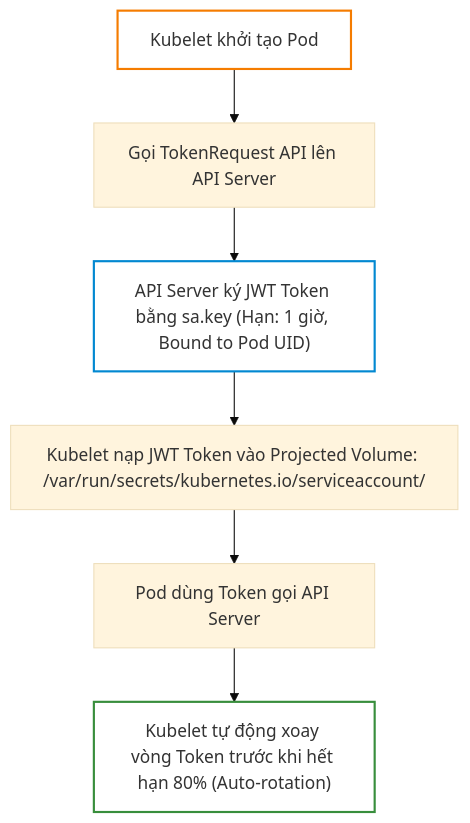
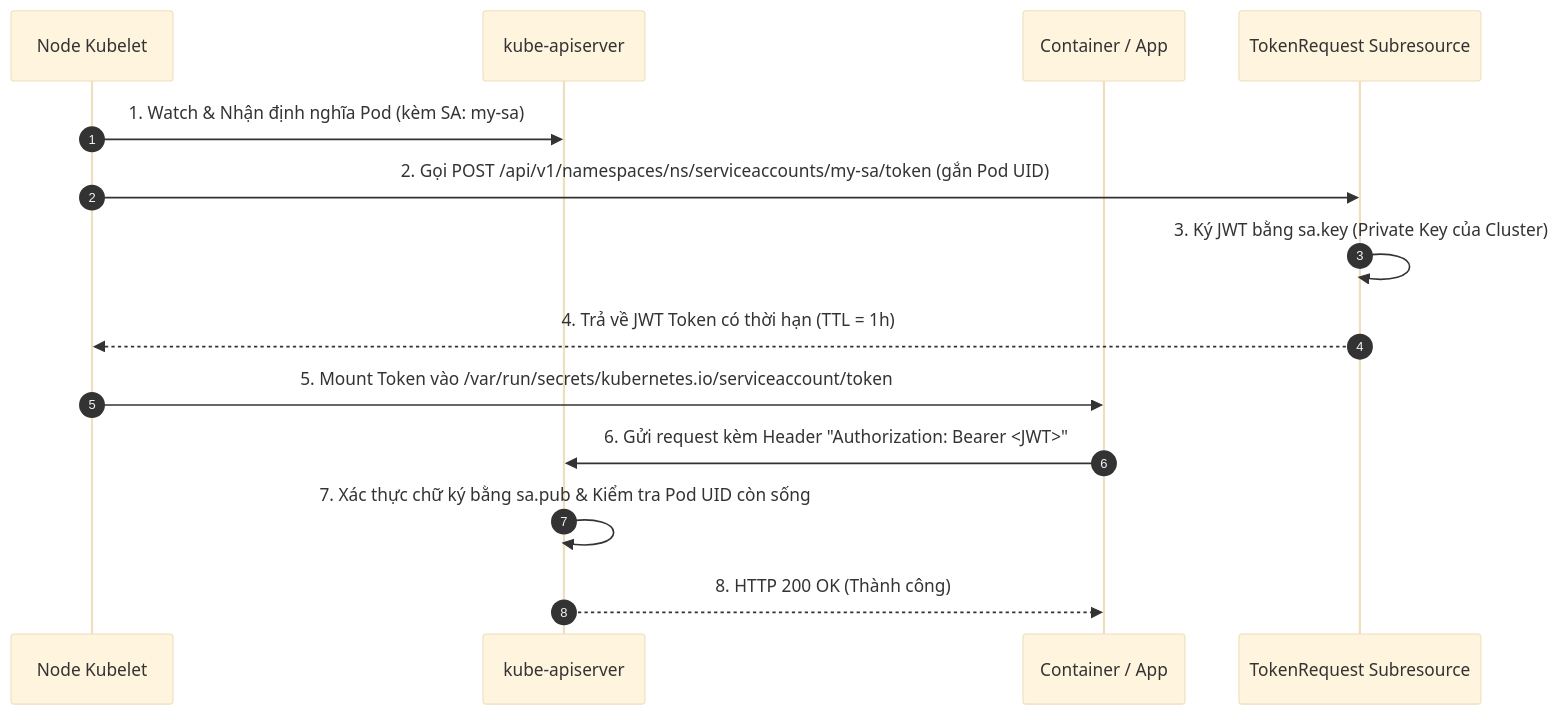
One commit to kiennt308/ntk changed the first of 2 diagrams in _posts/2026-09-12-cka-11-11-serviceaccount-va-token.md. Above: the diagram before and after it, drawn with Mermaid (base theme). The commit also changed other lines of this file and 39 other files, not shown here.

````diff
--- a/_posts/2026-09-12-cka-11-11-serviceaccount-va-token.md
+++ b/_posts/2026-09-12-cka-11-11-serviceaccount-va-token.md
@@ -159,12 +61,17 @@
 ```mermaid
-graph TD
-    A["Kubelet khởi tạo Pod"] --> B["Gọi TokenRequest API lên API Server"]
-    B --> C["API Server ký JWT Token bằng sa.key (Hạn: 1 giờ, Bound to Pod UID)"]
-    C --> D["Kubelet nạp JWT Token vào Projected Volume: /var/run/secrets/kubernetes.io/serviceaccount/"]
-    D --> E["Pod dùng Token gọi API Server"]
-    E --> F["Kubelet tự động xoay vòng Token trước khi hết hạn 80% (Auto-rotation)"]
+sequenceDiagram
+    autonumber
+    participant Kubelet as Node Kubelet
+    participant API as kube-apiserver
+    participant Pod as Container / App
+    participant TokenAPI as TokenRequest Subresource
 
-    style A fill:none,stroke:#f57c00,stroke-width:2px
-    style C fill:none,stroke:#0288d1,stroke-width:2px
-    style F fill:none,stroke:#388e3c,stroke-width:2px
+    Kubelet->>API: 1. Watch & Nhận định nghĩa Pod (kèm SA: my-sa)
+    Kubelet->>TokenAPI: 2. Gọi POST /api/v1/namespaces/ns/serviceaccounts/my-sa/token (gắn Pod UID)
+    TokenAPI->>TokenAPI: 3. Ký JWT bằng sa.key (Private Key của Cluster)
+    TokenAPI-->>Kubelet: 4. Trả về JWT Token có thời hạn (TTL = 1h)
+    Kubelet->>Pod: 5. Mount Token vào /var/run/secrets/kubernetes.io/serviceaccount/token
+    Pod->>API: 6. Gửi request kèm Header "Authorization: Bearer <JWT>"
+    API->>API: 7. Xác thực chữ ký bằng sa.pub & Kiểm tra Pod UID còn sống
+    API-->>Pod: 8. HTTP 200 OK (Thành công)
 ```
````
